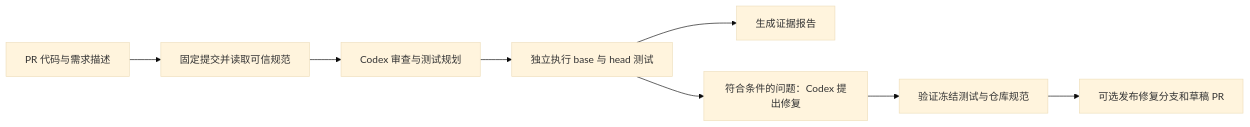
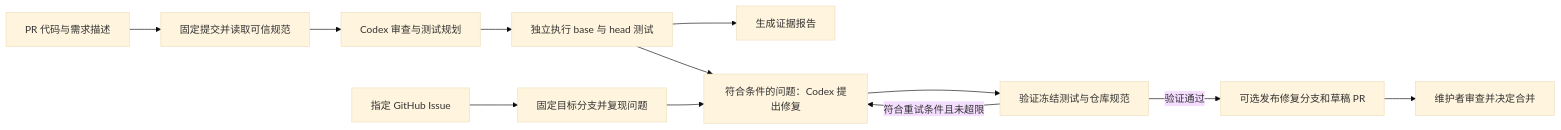
One commit to cosignercriminology78/repopilot changed the diagram in README.zh-CN.md. Above: the diagram before and after it, drawn with Mermaid (base theme). The commit also changed other lines of this file and 11 other files, not shown here.

````diff
--- a/README.zh-CN.md
+++ b/README.zh-CN.md
@@ -52,10 +53,14 @@
 ```mermaid
 flowchart LR
     A[PR 代码与需求描述] --> B[固定提交并读取可信规范]
+    I[指定 GitHub Issue] --> J[固定目标分支并复现问题]
     B --> C[Codex 审查与测试规划]
     C --> D[独立执行 base 与 head 测试]
     D --> E[生成证据报告]
     D --> F[符合条件的问题：Codex 提出修复]
+    J --> F
     F --> G[验证冻结测试与仓库规范]
-    G --> H[可选发布修复分支和草稿 PR]
+    G -->|验证通过| H[可选发布修复分支和草稿 PR]
+    G -->|符合重试条件且未超限| F
+    H --> R[维护者审查并决定合并]
 ```
````
